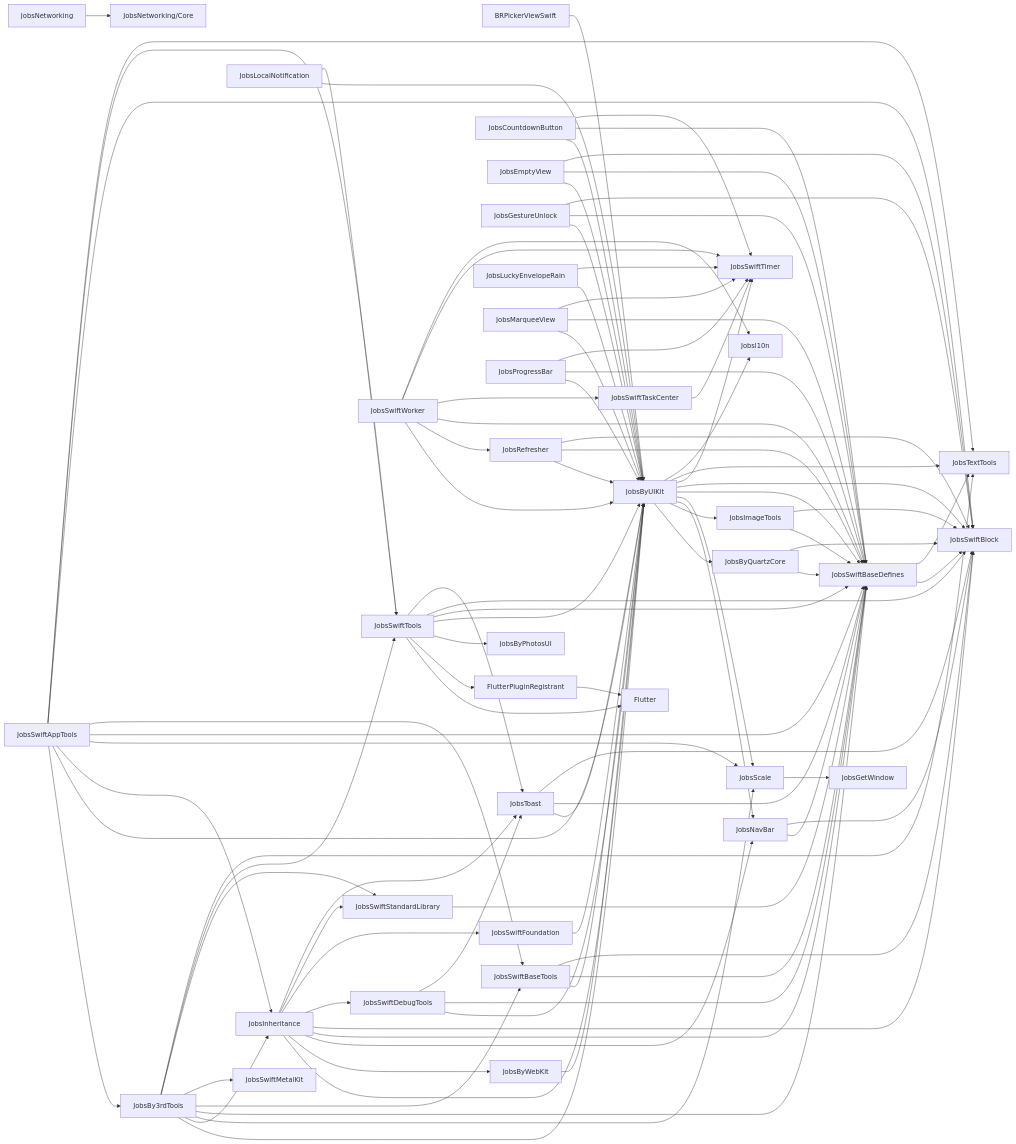
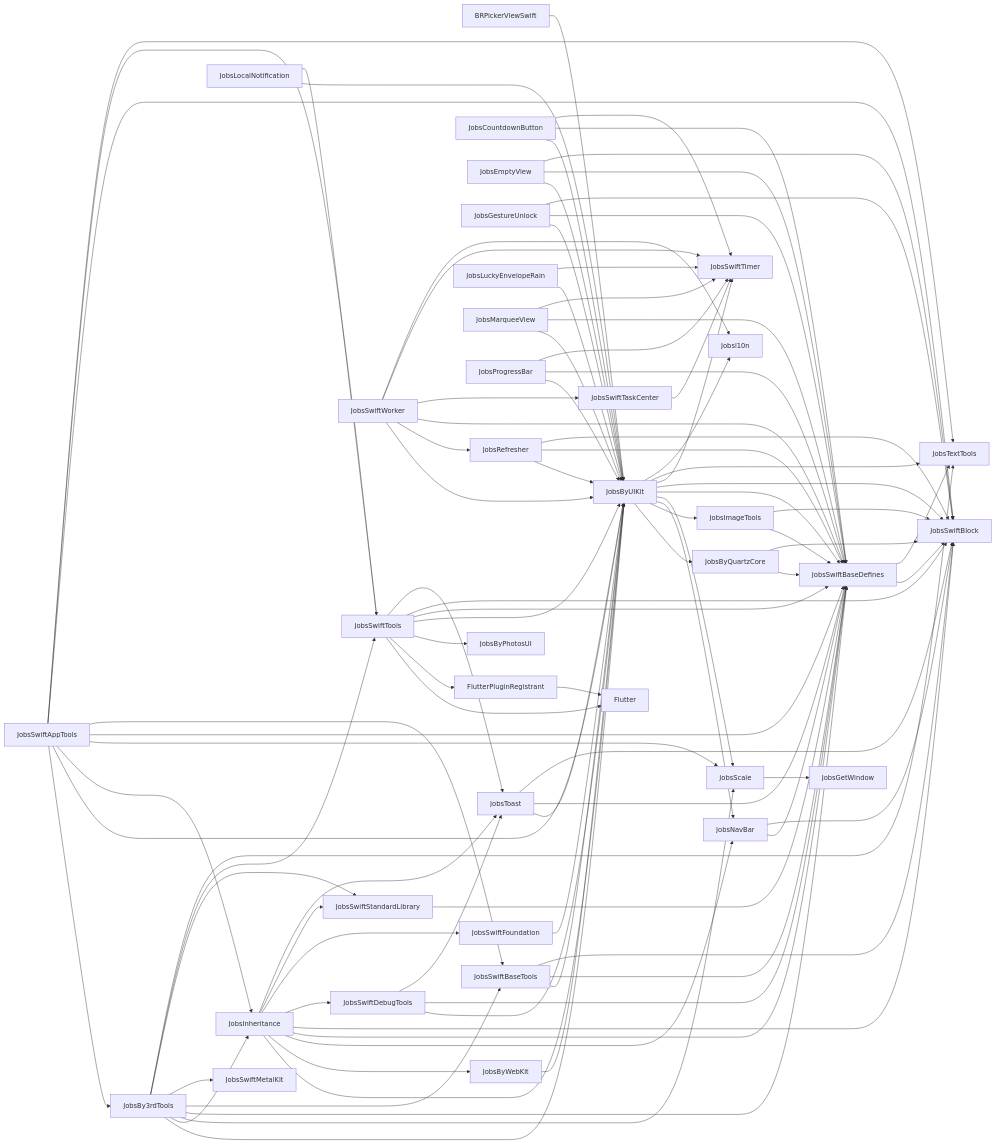
Before and after one commit to JobsKits/JobsSwiftBaseConfigDemo: the diagram in PodspecDependencyReport/PodspecDependencies_internal.mmd, drawn with Mermaid. The commit also changed 8 other files, not shown here.

```diff
--- a/PodspecDependencyReport/PodspecDependencies_internal.mmd
+++ b/PodspecDependencyReport/PodspecDependencies_internal.mmd
@@ -1,97 +1,96 @@
 flowchart LR
   Nd4b3dbc3878b["BRPickerViewSwift"] --> N32038075ad22["JobsByUIKit"]
   N14747c15d95a["FlutterPluginRegistrant"] --> Nc047b10eee76["Flutter"]
   Nfe1ff997a5d3["JobsBy3rdTools"] --> N32038075ad22["JobsByUIKit"]
   Nfe1ff997a5d3["JobsBy3rdTools"] --> N7a9c7bee01af["JobsInheritance"]
   Nfe1ff997a5d3["JobsBy3rdTools"] --> Nc605e6b5421d["JobsScale"]
   Nfe1ff997a5d3["JobsBy3rdTools"] --> N8dbe54185e82["JobsSwiftBaseDefines"]
   Nfe1ff997a5d3["JobsBy3rdTools"] --> N5c1ec45910c6["JobsSwiftBaseTools"]
   Nfe1ff997a5d3["JobsBy3rdTools"] --> N9ab5a04190d8["JobsSwiftMetalKit"]
   Nfe1ff997a5d3["JobsBy3rdTools"] --> N8f1bbfe879cc["JobsSwiftStandardLibrary"]
   Nfe1ff997a5d3["JobsBy3rdTools"] --> Na568a595b2c6["JobsSwiftTools"]
   Nfe1ff997a5d3["JobsBy3rdTools"] --> Nfc90a51d0828["JobsTextTools"]
   Nc743e46b146a["JobsByQuartzCore"] --> N8dbe54185e82["JobsSwiftBaseDefines"]
   Nc743e46b146a["JobsByQuartzCore"] --> Nc7567108c45a["JobsSwiftBlock"]
   N32038075ad22["JobsByUIKit"] --> Nc743e46b146a["JobsByQuartzCore"]
   N32038075ad22["JobsByUIKit"] --> N6dbcbd6c076c["JobsImageTools"]
   N32038075ad22["JobsByUIKit"] --> Nd9dbfc611984["JobsNavBar"]
   N32038075ad22["JobsByUIKit"] --> Nc605e6b5421d["JobsScale"]
   N32038075ad22["JobsByUIKit"] --> N8dbe54185e82["JobsSwiftBaseDefines"]
   N32038075ad22["JobsByUIKit"] --> Nc7567108c45a["JobsSwiftBlock"]
   N32038075ad22["JobsByUIKit"] --> Nfd94adb51598["JobsSwiftTimer"]
   N32038075ad22["JobsByUIKit"] --> Nfc90a51d0828["JobsTextTools"]
   N32038075ad22["JobsByUIKit"] --> N9dff37c8d77e["Jobsl10n"]
   N1f955db97679["JobsByWebKit"] --> N32038075ad22["JobsByUIKit"]
   N8a2865d24b8e["JobsCountdownButton"] --> N32038075ad22["JobsByUIKit"]
   N8a2865d24b8e["JobsCountdownButton"] --> N8dbe54185e82["JobsSwiftBaseDefines"]
   N8a2865d24b8e["JobsCountdownButton"] --> Nfd94adb51598["JobsSwiftTimer"]
   Nb2853a7530c8["JobsEmptyView"] --> N32038075ad22["JobsByUIKit"]
   Nb2853a7530c8["JobsEmptyView"] --> N8dbe54185e82["JobsSwiftBaseDefines"]
   Nb2853a7530c8["JobsEmptyView"] --> Nc7567108c45a["JobsSwiftBlock"]
   N8ce46417a954["JobsGestureUnlock"] --> N32038075ad22["JobsByUIKit"]
   N8ce46417a954["JobsGestureUnlock"] --> N8dbe54185e82["JobsSwiftBaseDefines"]
   N8ce46417a954["JobsGestureUnlock"] --> Nc7567108c45a["JobsSwiftBlock"]
   N6dbcbd6c076c["JobsImageTools"] --> N8dbe54185e82["JobsSwiftBaseDefines"]
   N6dbcbd6c076c["JobsImageTools"] --> Nc7567108c45a["JobsSwiftBlock"]
   N7a9c7bee01af["JobsInheritance"] --> N32038075ad22["JobsByUIKit"]
   N7a9c7bee01af["JobsInheritance"] --> N1f955db97679["JobsByWebKit"]
   N7a9c7bee01af["JobsInheritance"] --> Nd9dbfc611984["JobsNavBar"]
   N7a9c7bee01af["JobsInheritance"] --> N8dbe54185e82["JobsSwiftBaseDefines"]
   N7a9c7bee01af["JobsInheritance"] --> Nc7567108c45a["JobsSwiftBlock"]
   N7a9c7bee01af["JobsInheritance"] --> N807eaeffe5a4["JobsSwiftDebugTools"]
   N7a9c7bee01af["JobsInheritance"] --> N37fa4b9e4579["JobsSwiftFoundation"]
   N7a9c7bee01af["JobsInheritance"] --> N8f1bbfe879cc["JobsSwiftStandardLibrary"]
   N7a9c7bee01af["JobsInheritance"] --> N9817f6c3f4e6["JobsToast"]
   N21756f8f29e8["JobsLocalNotification"] --> N32038075ad22["JobsByUIKit"]
   N21756f8f29e8["JobsLocalNotification"] --> Na568a595b2c6["JobsSwiftTools"]
   N899875e07d1b["JobsLuckyEnvelopeRain"] --> N32038075ad22["JobsByUIKit"]
   N899875e07d1b["JobsLuckyEnvelopeRain"] --> Nfd94adb51598["JobsSwiftTimer"]
   N9e7dc84491e8["JobsMarqueeView"] --> N32038075ad22["JobsByUIKit"]
   N9e7dc84491e8["JobsMarqueeView"] --> N8dbe54185e82["JobsSwiftBaseDefines"]
   N9e7dc84491e8["JobsMarqueeView"] --> Nfd94adb51598["JobsSwiftTimer"]
   Nd9dbfc611984["JobsNavBar"] --> N8dbe54185e82["JobsSwiftBaseDefines"]
   Nd9dbfc611984["JobsNavBar"] --> Nc7567108c45a["JobsSwiftBlock"]
-  Nf3793743ec40["JobsNetworking"] --> N29fac73ec90a["JobsNetworking/Core"]
   Na62a2c62f899["JobsProgressBar"] --> N32038075ad22["JobsByUIKit"]
   Na62a2c62f899["JobsProgressBar"] --> N8dbe54185e82["JobsSwiftBaseDefines"]
   Na62a2c62f899["JobsProgressBar"] --> Nfd94adb51598["JobsSwiftTimer"]
   N4f19e371e55e["JobsRefresher"] --> N32038075ad22["JobsByUIKit"]
   N4f19e371e55e["JobsRefresher"] --> N8dbe54185e82["JobsSwiftBaseDefines"]
   N4f19e371e55e["JobsRefresher"] --> Nc7567108c45a["JobsSwiftBlock"]
   Nc605e6b5421d["JobsScale"] --> N10ee0e68a559["JobsGetWindow"]
   N7203a303dc13["JobsSwiftAppTools"] --> Nfe1ff997a5d3["JobsBy3rdTools"]
   N7203a303dc13["JobsSwiftAppTools"] --> N32038075ad22["JobsByUIKit"]
   N7203a303dc13["JobsSwiftAppTools"] --> N7a9c7bee01af["JobsInheritance"]
   N7203a303dc13["JobsSwiftAppTools"] --> Nc605e6b5421d["JobsScale"]
   N7203a303dc13["JobsSwiftAppTools"] --> N8dbe54185e82["JobsSwiftBaseDefines"]
   N7203a303dc13["JobsSwiftAppTools"] --> N5c1ec45910c6["JobsSwiftBaseTools"]
   N7203a303dc13["JobsSwiftAppTools"] --> Nc7567108c45a["JobsSwiftBlock"]
   N7203a303dc13["JobsSwiftAppTools"] --> Na568a595b2c6["JobsSwiftTools"]
   N7203a303dc13["JobsSwiftAppTools"] --> Nfc90a51d0828["JobsTextTools"]
   N8dbe54185e82["JobsSwiftBaseDefines"] --> Nc7567108c45a["JobsSwiftBlock"]
   N8dbe54185e82["JobsSwiftBaseDefines"] --> Nfc90a51d0828["JobsTextTools"]
   N5c1ec45910c6["JobsSwiftBaseTools"] --> N32038075ad22["JobsByUIKit"]
   N5c1ec45910c6["JobsSwiftBaseTools"] --> N8dbe54185e82["JobsSwiftBaseDefines"]
   N5c1ec45910c6["JobsSwiftBaseTools"] --> Nc7567108c45a["JobsSwiftBlock"]
   N807eaeffe5a4["JobsSwiftDebugTools"] --> N32038075ad22["JobsByUIKit"]
   N807eaeffe5a4["JobsSwiftDebugTools"] --> N8dbe54185e82["JobsSwiftBaseDefines"]
   N807eaeffe5a4["JobsSwiftDebugTools"] --> N9817f6c3f4e6["JobsToast"]
   N37fa4b9e4579["JobsSwiftFoundation"] --> N32038075ad22["JobsByUIKit"]
   N8f1bbfe879cc["JobsSwiftStandardLibrary"] --> N8dbe54185e82["JobsSwiftBaseDefines"]
   Naf3906ede4aa["JobsSwiftTaskCenter"] --> Nfd94adb51598["JobsSwiftTimer"]
   Na568a595b2c6["JobsSwiftTools"] --> Nc047b10eee76["Flutter"]
   Na568a595b2c6["JobsSwiftTools"] --> N14747c15d95a["FlutterPluginRegistrant"]
   Na568a595b2c6["JobsSwiftTools"] --> Nca216f1c5269["JobsByPhotosUI"]
   Na568a595b2c6["JobsSwiftTools"] --> N32038075ad22["JobsByUIKit"]
   Na568a595b2c6["JobsSwiftTools"] --> N8dbe54185e82["JobsSwiftBaseDefines"]
   Na568a595b2c6["JobsSwiftTools"] --> Nc7567108c45a["JobsSwiftBlock"]
   Na568a595b2c6["JobsSwiftTools"] --> N9817f6c3f4e6["JobsToast"]
   N2f0325b518dd["JobsSwiftWorker"] --> N32038075ad22["JobsByUIKit"]
   N2f0325b518dd["JobsSwiftWorker"] --> N4f19e371e55e["JobsRefresher"]
   N2f0325b518dd["JobsSwiftWorker"] --> N8dbe54185e82["JobsSwiftBaseDefines"]
   N2f0325b518dd["JobsSwiftWorker"] --> Naf3906ede4aa["JobsSwiftTaskCenter"]
   N2f0325b518dd["JobsSwiftWorker"] --> Nfd94adb51598["JobsSwiftTimer"]
   N2f0325b518dd["JobsSwiftWorker"] --> N9dff37c8d77e["Jobsl10n"]
   N9817f6c3f4e6["JobsToast"] --> N32038075ad22["JobsByUIKit"]
   N9817f6c3f4e6["JobsToast"] --> N8dbe54185e82["JobsSwiftBaseDefines"]
   N9817f6c3f4e6["JobsToast"] --> Nc7567108c45a["JobsSwiftBlock"]
```
